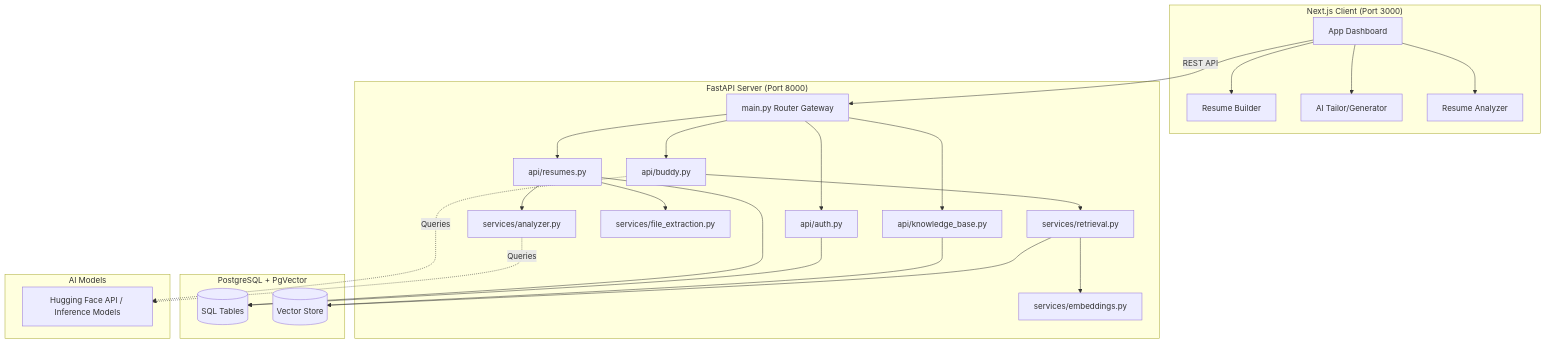
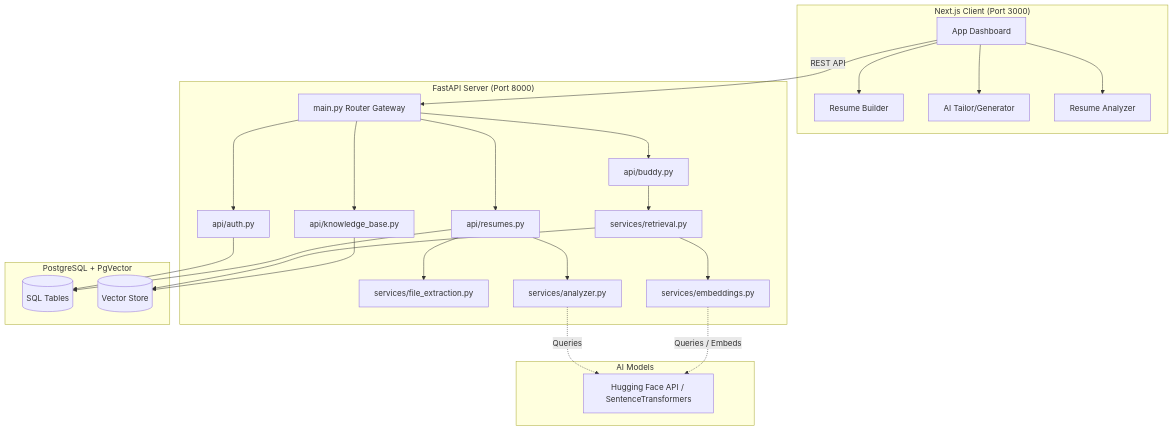
The diagram in architecture_overview.md (Abhishekkumarpaswan/ResumeX), drawn with Mermaid before and after one commit. The commit also changed other lines of this file and 3 other files, not shown here.

````diff
--- a/architecture_overview.md
+++ b/architecture_overview.md
@@ -11,53 +11,53 @@
 ```mermaid
 graph TD
     subgraph Frontend ["Next.js Client (Port 3000)"]
         UI["App Dashboard"] --> Bld["Resume Builder"]
         UI --> Gen["AI Tailor/Generator"]
         UI --> Anz["Resume Analyzer"]
     end
 
     subgraph Backend ["FastAPI Server (Port 8000)"]
         API["main.py Router Gateway"]
         Auth["api/auth.py"]
         Res["api/resumes.py"]
         Bud["api/buddy.py"]
         KB["api/knowledge_base.py"]
         
         Ext["services/file_extraction.py"]
         AnService["services/analyzer.py"]
         Ret["services/retrieval.py"]
         Emb["services/embeddings.py"]
     end
 
     subgraph Database ["PostgreSQL + PgVector"]
         DB[("SQL Tables")]
         Vec[("Vector Store")]
     end
 
     subgraph External ["AI Models"]
-        HF["Hugging Face API / Inference Models"]
+        HF["Hugging Face API / SentenceTransformers"]
     end
 
     %% Routing Flows
     UI -- "REST API" --> API
     API --> Auth
     API --> Res
     API --> Bud
     API --> KB
     
     %% Backend internal links
     Res --> Ext
     Res --> AnService
     Bud --> Ret
     Ret --> Emb
     Ret --> Vec
     
     %% Storage links
     Auth --> DB
     Res --> DB
     KB --> Vec
     
     %% External API links
     AnService -. Queries .-> HF
-    Bud -. Queries .-> HF
+    Emb -. Queries / Embeds .-> HF
 ```
````
